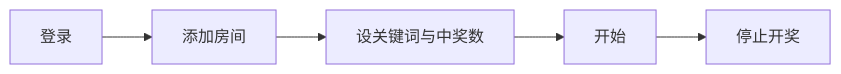
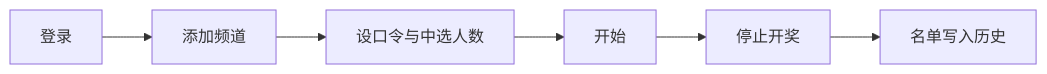
Before and after one commit to aDarkMaker/BiliLuckyDraw: the diagram in docs/use-cases/scenarios.md, drawn with Mermaid. The commit also changed other lines of this file and 30 other files, not shown here.

````diff
--- a/docs/use-cases/scenarios.md
+++ b/docs/use-cases/scenarios.md
@@ -7,7 +7,8 @@
 ```mermaid
 flowchart LR
-    A[登录] --> B[添加房间]
-    B --> C[设关键词与中奖数]
+    A[登录] --> B[添加频道]
+    B --> C[设口令与中选人数]
     C --> D[开始]
     D --> E[停止开奖]
+    E --> F[名单写入历史]
 ```
````
